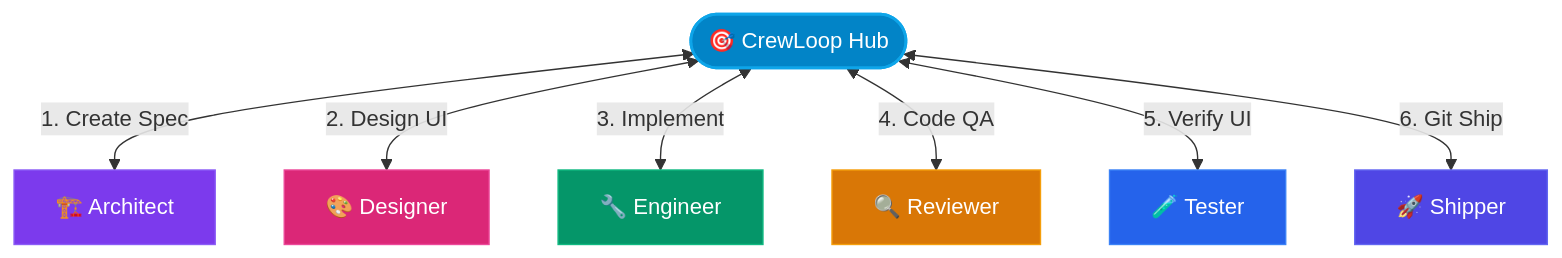
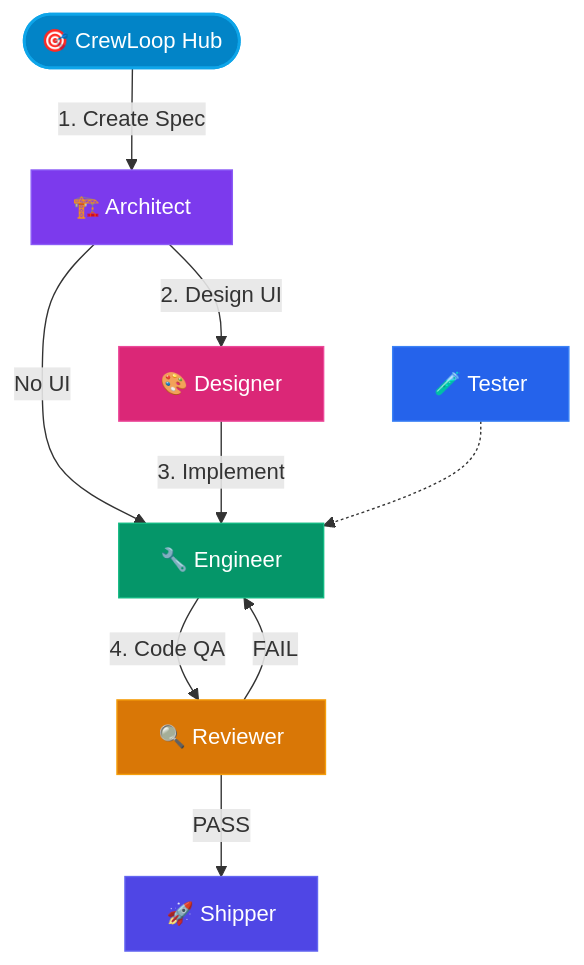
The diagram in docs/public/docs/tools/workflow-test.md (leorsousa05/CrewLoop), drawn with Mermaid before and after one commit. The commit also changed other lines of this file and 41 other files, not shown here.

````diff
--- a/docs/public/docs/tools/workflow-test.md
+++ b/docs/public/docs/tools/workflow-test.md
@@ -19,29 +19,30 @@
 ```mermaid
-graph TD
+flowchart TD
     %% Node Definitions
     O(["🎯 CrewLoop Hub"]):::crewloop-hub
     A["🏗️ Architect"]:::architect
     D["🎨 Designer"]:::designer
     E["🔧 Engineer"]:::engineer
     R["🔍 Reviewer"]:::reviewer
     T["🧪 Tester"]:::tester
     S["🚀 Shipper"]:::shipper
 
-    %% Hub and Spoke Connections
-    O <-->|1. Create Spec| A
-    O <-->|2. Design UI| D
-    O <-->|3. Implement| E
-    O <-->|4. Code QA| R
-    O <-->|5. Verify UI| T
-    O <-->|6. Git Ship| S
+    O -->|1. Create Spec| A
+    A -->|2. Design UI| D
+    A -->|No UI| E
+    D -->|3. Implement| E
+    E -->|4. Code QA| R
+    R -->|PASS| S
+    R -->|FAIL| E
+    T -.-> E
 
     %% Class Definitions (CSS Theme Variables & Contrast Safe Colors)
     classDef default fill:#1e293b,stroke:#475569,stroke-width:1px,color:#f8fafc;
     classDef crewloop-hub fill:#0284c7,stroke:#0ea5e9,stroke-dasharray: 0,color:#ffffff,stroke-width:2px;
     classDef architect fill:#7c3aed,stroke:#8b5cf6,color:#ffffff,stroke-width:1px;
     classDef designer fill:#db2777,stroke:#ec4899,color:#ffffff,stroke-width:1px;
     classDef engineer fill:#059669,stroke:#10b981,color:#ffffff,stroke-width:1px;
     classDef reviewer fill:#d97706,stroke:#f59e0b,color:#ffffff,stroke-width:1px;
     classDef tester fill:#2563eb,stroke:#3b82f6,color:#ffffff,stroke-width:1px;
     classDef shipper fill:#4f46e5,stroke:#6366f1,color:#ffffff,stroke-width:1px;
 ```
````
